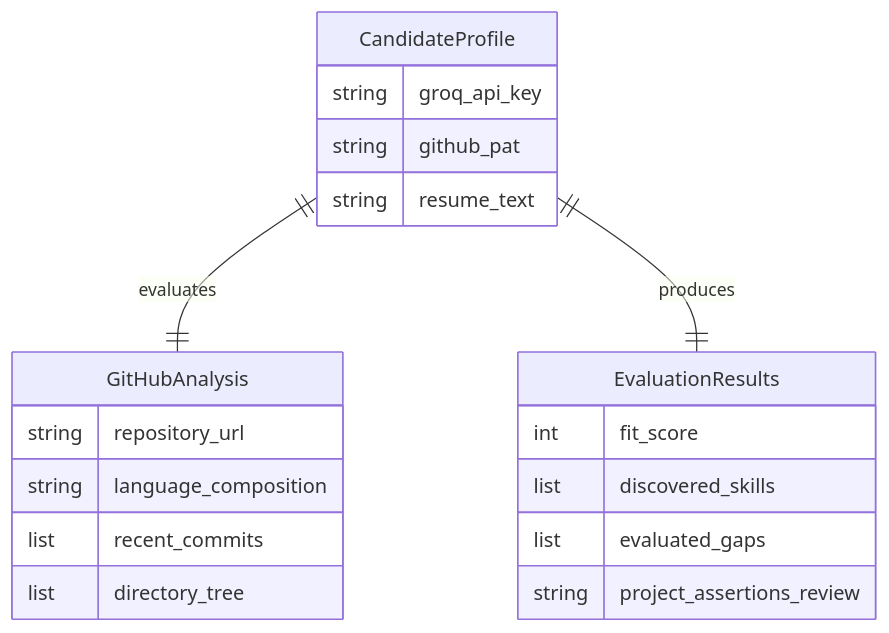
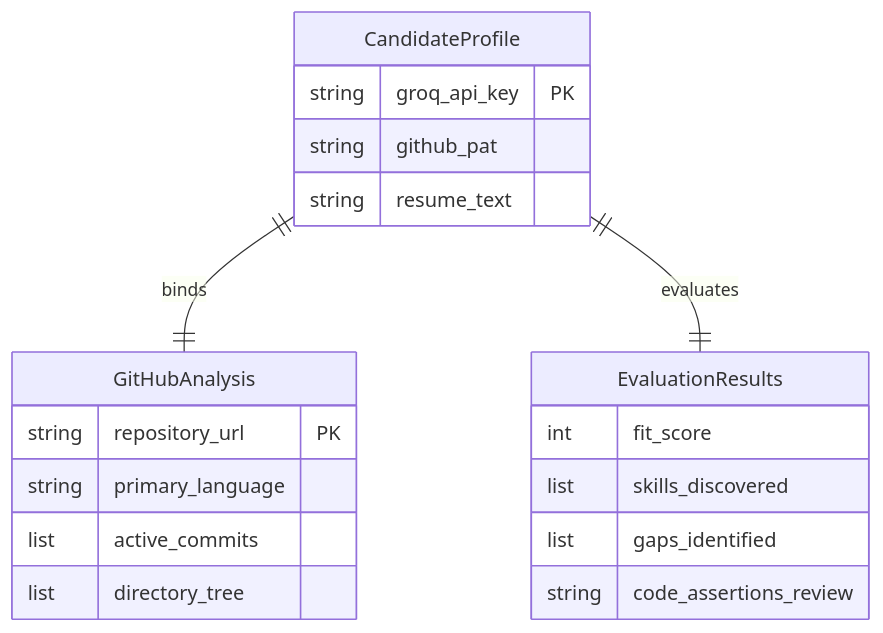
The fifth of 11 diagrams in README.md (ChiragSharma-DEV/CareerLaunch-AI), drawn with Mermaid before and after one commit. The commit also changed other lines of this file and 1 other file, not shown here.

Commit message:
docs: upgrade README to ultra-premium design with expanded system architecture diagrams

````diff
--- a/README.md
+++ b/README.md
@@ -206,22 +212,22 @@
 ```mermaid
 erDiagram
     CandidateProfile {
-        string groq_api_key
+        string groq_api_key PK
         string github_pat
         string resume_text
     }
     GitHubAnalysis {
-        string repository_url
-        string language_composition
-        list recent_commits
+        string repository_url PK
+        string primary_language
+        list active_commits
         list directory_tree
     }
     EvaluationResults {
         int fit_score
-        list discovered_skills
-        list evaluated_gaps
-        string project_assertions_review
+        list skills_discovered
+        list gaps_identified
+        string code_assertions_review
     }
-    CandidateProfile ||--|| GitHubAnalysis : "evaluates"
-    CandidateProfile ||--|| EvaluationResults : "produces"
+    CandidateProfile ||--|| GitHubAnalysis : "binds"
+    CandidateProfile ||--|| EvaluationResults : "evaluates"
 ```
````
